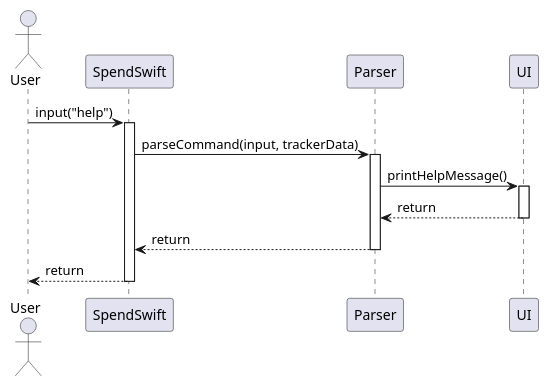
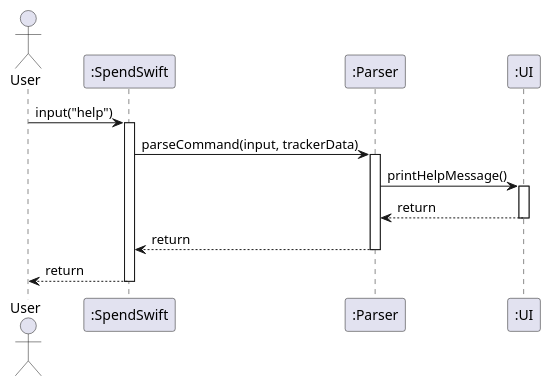
Before and after one commit to nus-cs2113-AY2425S1/tp: the diagram in docs/diagrams/Help.puml, drawn with PlantUML. The commit also changed 19 other files, not shown here.

```diff
--- a/docs/diagrams/Help.puml
+++ b/docs/diagrams/Help.puml
@@ -1,26 +1,26 @@
 @startuml
 actor User
-participant SpendSwift
-participant Parser
-participant UI
+participant ":SpendSwift" as SpendSwift
+participant ":Parser" as Parser
+participant ":UI" as UI
 
 User -> SpendSwift : input("help")
 activate SpendSwift
 SpendSwift -> Parser : parseCommand(input, trackerData)
 
 activate Parser
 Parser -> UI : printHelpMessage()
 
 activate UI
 UI --> Parser : return
 
 deactivate UI
 Parser --> SpendSwift : return
 
 deactivate Parser
 
 SpendSwift --> User : return
 deactivate SpendSwift
 
 
 @enduml
```
